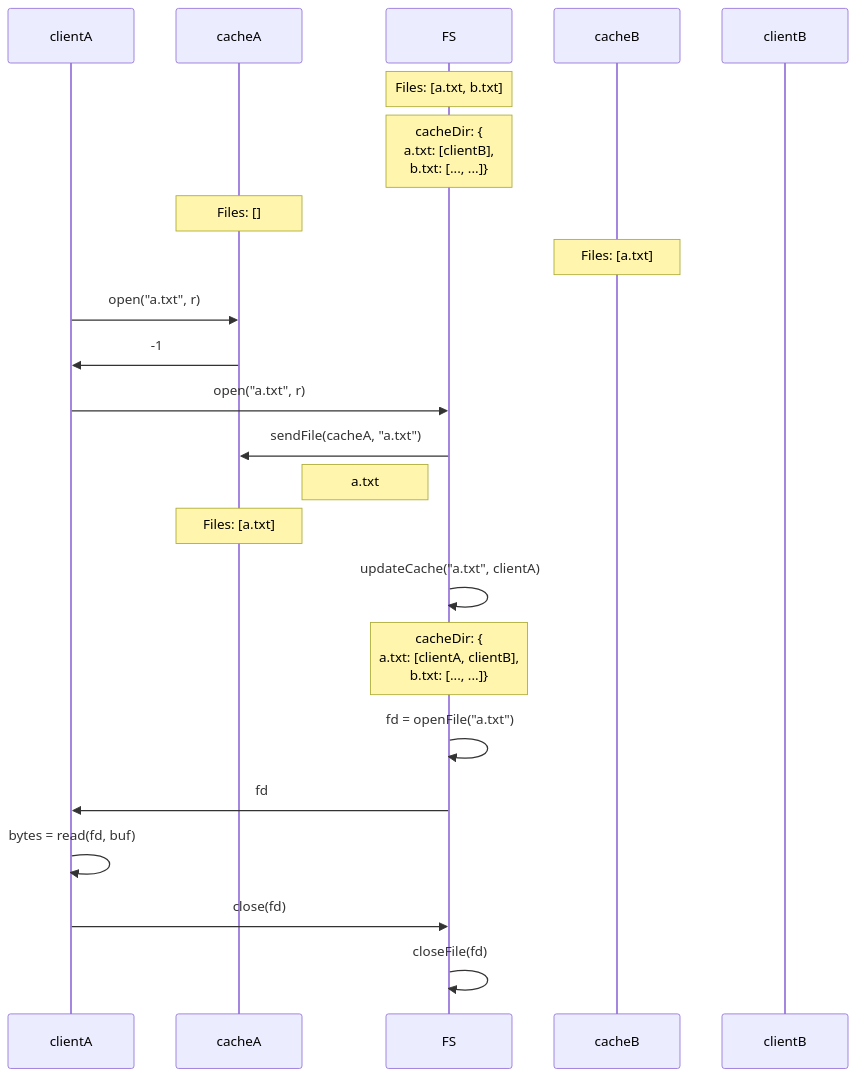
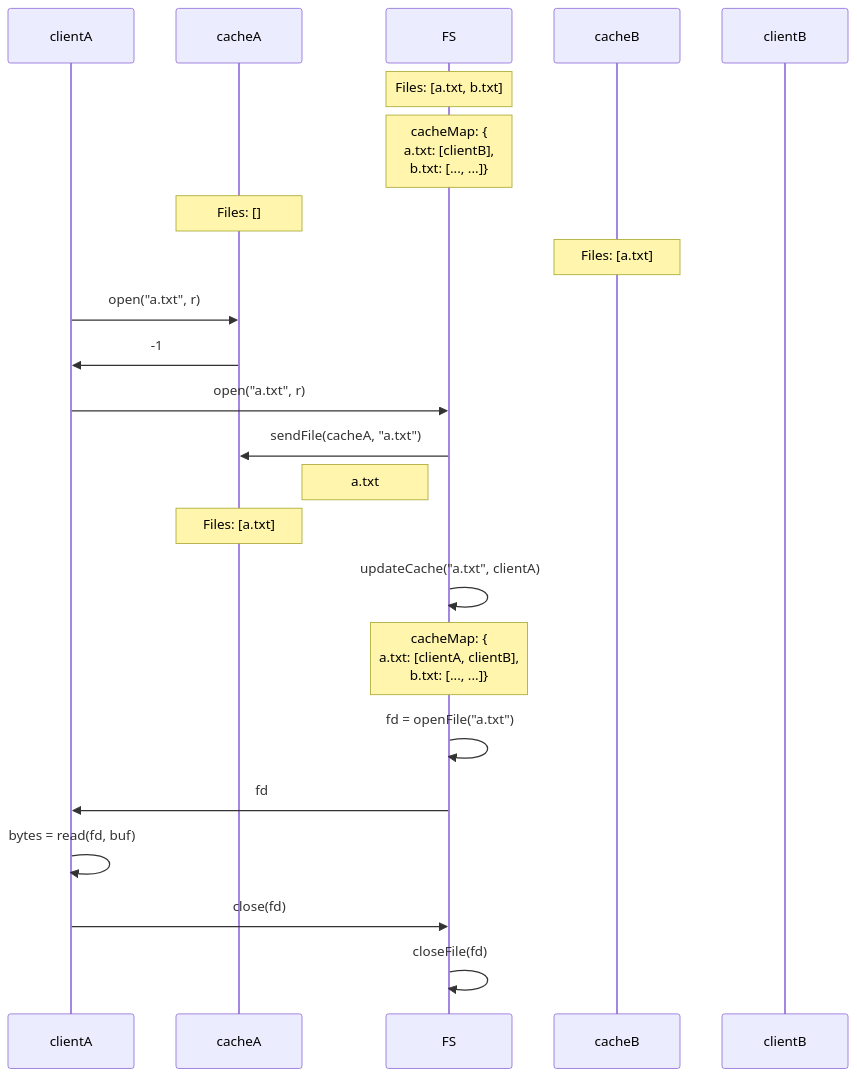
One commit to bishopfunc/os-b-dfs changed the first of 4 diagrams in README.md. Above: the diagram before and after it, drawn with Mermaid. The commit also changed other lines of this file and 1 other file, not shown here.

Commit message:
sendInvalid -> notifyInvalid Dir -> Map

````diff
--- a/README.md
+++ b/README.md
@@ -25,27 +25,27 @@
 ```mermaid
 sequenceDiagram
     participant clientA as clientA
     participant cacheA as cacheA
     participant FS as FS
     participant cacheB as cacheB
     participant clientB as clientB
     Note over FS: Files: [a.txt, b.txt]
-    Note over FS: cacheDir: {<br>a.txt: [clientB], <br>b.txt: [..., ...]} 
+    Note over FS: cacheMap: {<br>a.txt: [clientB], <br>b.txt: [..., ...]} 
 
     Note over cacheA: Files: []
     Note over cacheB: Files: [a.txt]    
     
     clientA->>cacheA: open("a.txt", r)
     cacheA->>clientA: -1
     clientA->>FS: open("a.txt", r)
     FS->>cacheA: sendFile(cacheA, "a.txt")
     Note left of FS: a.txt
     Note over cacheA: Files: [a.txt]
     FS->>FS: updateCache("a.txt", clientA)
-    Note over FS: cacheDir: {<br>a.txt: [clientA, clientB], <br>b.txt: [..., ...]} 
+    Note over FS: cacheMap: {<br>a.txt: [clientA, clientB], <br>b.txt: [..., ...]} 
     FS->>FS: fd = openFile("a.txt")
     FS->>clientA: fd
     clientA->>clientA: bytes = read(fd, buf)
     clientA->>FS: close(fd)
     FS->>FS: closeFile(fd)
 ```
````
